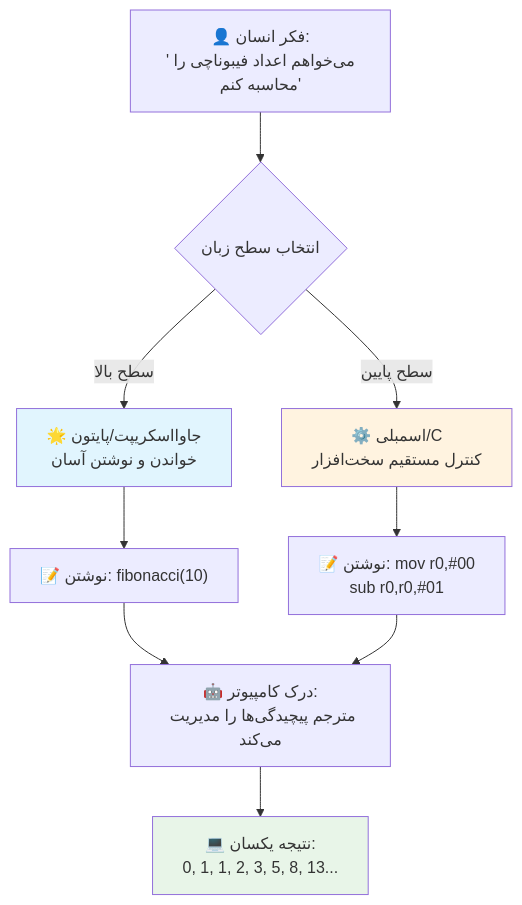
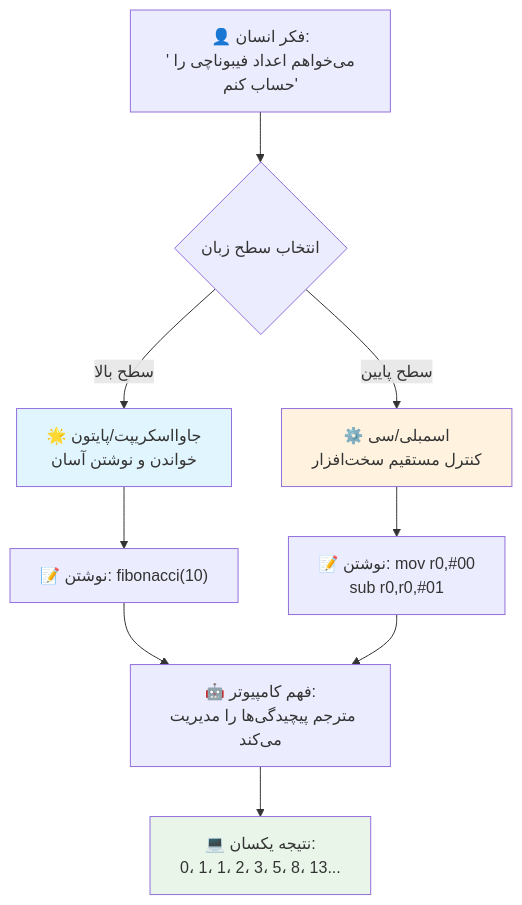
The third of 7 diagrams in translations/fa/1-getting-started-lessons/1-intro-to-programming-languages/README.md (microsoft/Web-Dev-For-Beginners), drawn with Mermaid before and after one commit. The commit also changed other lines of this file and 8 other files, not shown here.

````diff
--- a/translations/fa/1-getting-started-lessons/1-intro-to-programming-languages/README.md
+++ b/translations/fa/1-getting-started-lessons/1-intro-to-programming-languages/README.md
@@ -147,19 +148,19 @@
 ```mermaid
 flowchart TB
-    A["👤 فکر انسان:<br/>'می‌خواهم اعداد فیبوناچی را محاسبه کنم'"] --> B{انتخاب سطح زبان}
+    A["👤 فکر انسان:<br/>'می‌خواهم اعداد فیبوناچی را حساب کنم'"] --> B{انتخاب سطح زبان}
     
     B -->|سطح بالا| C["🌟 جاوااسکریپت/پایتون<br/>خواندن و نوشتن آسان"]
-    B -->|سطح پایین| D["⚙️ اسمبلی/C<br/>کنترل مستقیم سخت‌افزار"]
+    B -->|سطح پایین| D["⚙️ اسمبلی/سی<br/>کنترل مستقیم سخت‌افزار"]
     
     C --> E["📝 نوشتن: fibonacci(10)"]
     D --> F["📝 نوشتن: mov r0,#00<br/>sub r0,r0,#01"]
     
-    E --> G["🤖 درک کامپیوتر:<br/>مترجم پیچیدگی‌ها را مدیریت می‌کند"]
+    E --> G["🤖 فهم کامپیوتر:<br/>مترجم پیچیدگی‌ها را مدیریت می‌کند"]
     F --> G
     
-    G --> H["💻 نتیجه یکسان:<br/>0, 1, 1, 2, 3, 5, 8, 13..."]
+    G --> H["💻 نتیجه یکسان:<br/>0، 1، 1، 2، 3، 5، 8، 13..."]
     
     style C fill:#e1f5fe
     style D fill:#fff3e0
     style H fill:#e8f5e8
 ```
````
